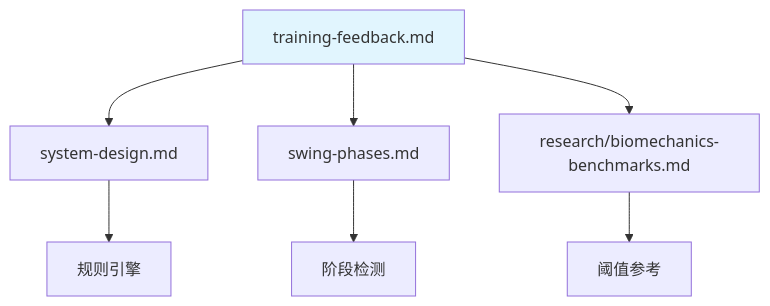
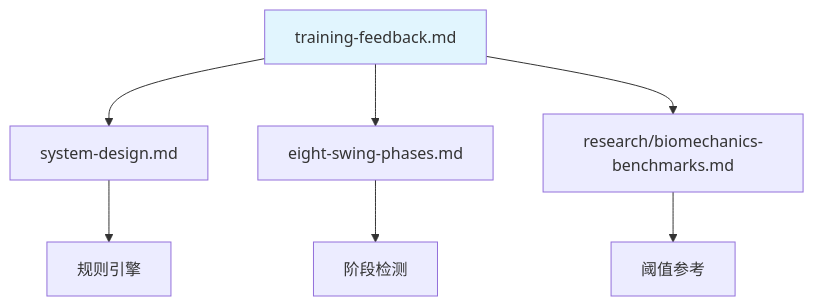
One commit to movement-chain-ai/movement-chain-docs changed the diagram in docs/zh/design/specs/training-feedback.md. Above: the diagram before and after it, drawn with Mermaid. The commit also changed other lines of this file and 12 other files, not shown here.

First line of the commit message:
refactor: rename swing-phases.md to eight-swing-phases.md

````diff
--- a/docs/zh/design/specs/training-feedback.md
+++ b/docs/zh/design/specs/training-feedback.md
@@ -797,12 +797,12 @@
 ```mermaid
 graph TD
     A[training-feedback.md] --> B[system-design.md]
-    A --> C[swing-phases.md]
+    A --> C[eight-swing-phases.md]
     A --> D[research/biomechanics-benchmarks.md]
 
     B --> E[规则引擎]
     C --> F[阶段检测]
     D --> G[阈值参考]
 
     style A fill:#e1f5fe
 ```
````
